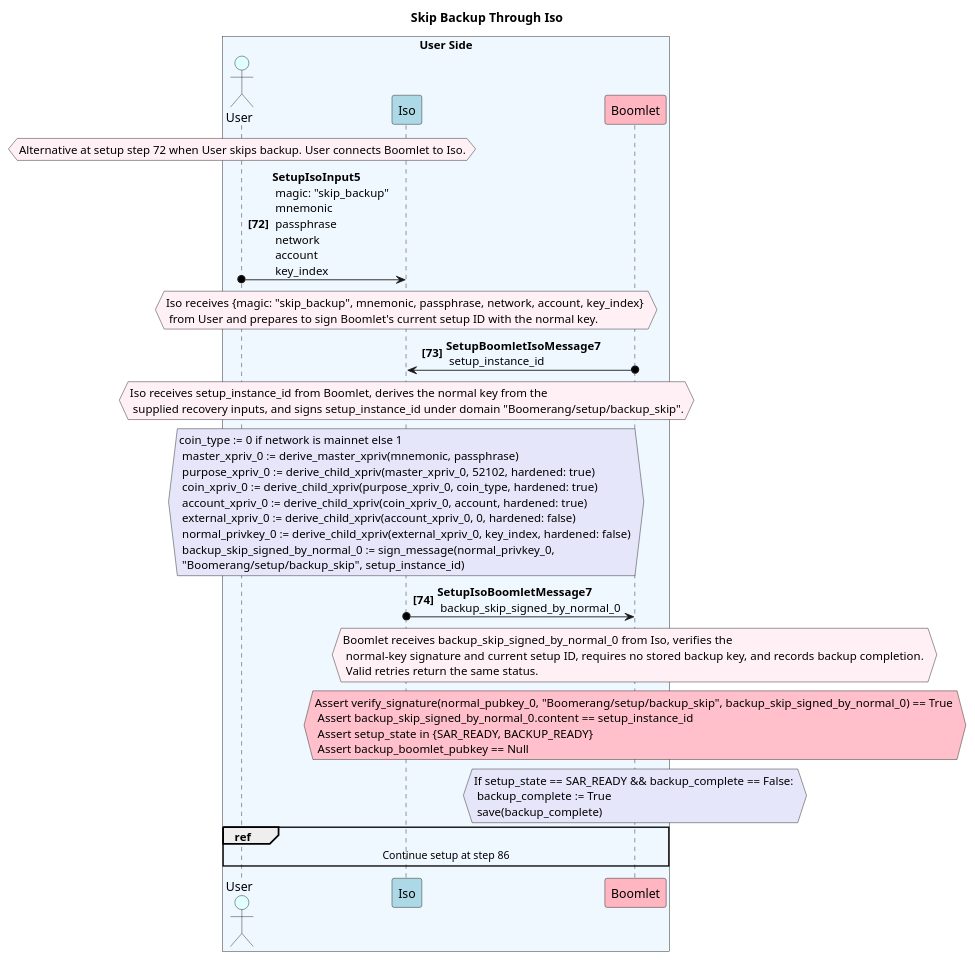
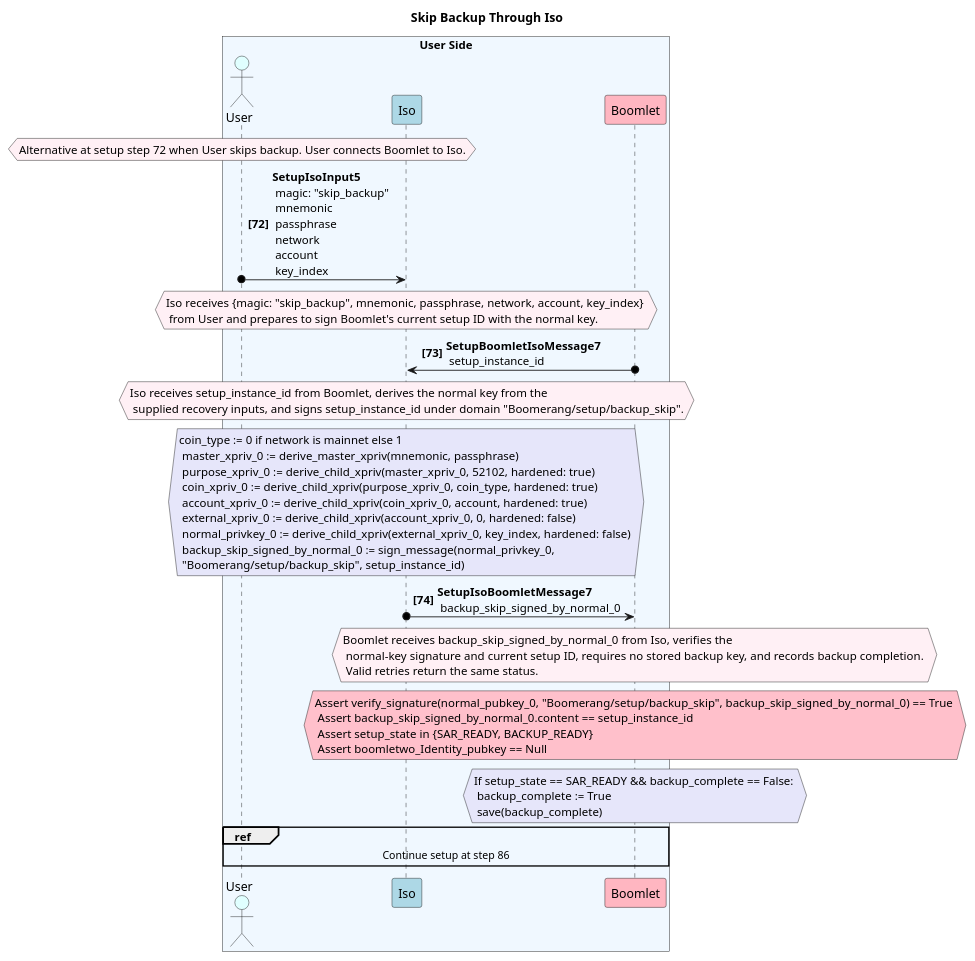
Before and after one commit to cogwheel26/boomerang_design: the diagram in diagrams/ancillary/skip_backup_diagram.puml, drawn with PlantUML. The commit also changed 21 other files, not shown here.

```diff
--- a/diagrams/ancillary/skip_backup_diagram.puml
+++ b/diagrams/ancillary/skip_backup_diagram.puml
@@ -1,32 +1,32 @@
 @startuml skip_backup_diagram
 skinparam sequenceMessageAlign left
 title Skip Backup Through Iso
 
 box "User Side" #AliceBlue
 actor User order 1 #LightCyan
 participant Iso order 2 #LightBlue
 participant Boomlet order 3 #LightPink
 end box
 
 hnote over User #LavenderBlush: Alternative at setup step 72 when User skips backup. User connects Boomlet to Iso.
 
 autonumber 72 "<b>[00]"
 
 ' Step 72
 User o-> Iso:  <b>SetupIsoInput5 \n magic: "skip_backup" \n mnemonic \n passphrase \n network \n account \n key_index
 hnote over Iso #LavenderBlush:  Iso receives {magic: "skip_backup", mnemonic, passphrase, network, account, key_index} \n from User and prepares to sign Boomlet's current setup ID with the normal key.
 
 ' Step 73
 Boomlet o-> Iso:  <b>SetupBoomletIsoMessage7 \n setup_instance_id
 hnote over Iso #LavenderBlush:  Iso receives setup_instance_id from Boomlet, derives the normal key from the \n supplied recovery inputs, and signs setup_instance_id under domain "Boomerang/setup/backup_skip".
 hnote over Iso #Lavender:  coin_type := 0 if network is mainnet else 1 \n master_xpriv_0 := derive_master_xpriv(mnemonic, passphrase) \n purpose_xpriv_0 := derive_child_xpriv(master_xpriv_0, 52102, hardened: true) \n coin_xpriv_0 := derive_child_xpriv(purpose_xpriv_0, coin_type, hardened: true) \n account_xpriv_0 := derive_child_xpriv(coin_xpriv_0, account, hardened: true) \n external_xpriv_0 := derive_child_xpriv(account_xpriv_0, 0, hardened: false) \n normal_privkey_0 := derive_child_xpriv(external_xpriv_0, key_index, hardened: false) \n backup_skip_signed_by_normal_0 := sign_message(normal_privkey_0, \n "Boomerang/setup/backup_skip", setup_instance_id)
 
 ' Step 74
 Iso o-> Boomlet:  <b>SetupIsoBoomletMessage7 \n backup_skip_signed_by_normal_0
 hnote over Boomlet #LavenderBlush:  Boomlet receives backup_skip_signed_by_normal_0 from Iso, verifies the \n normal-key signature and current setup ID, requires no stored backup key, and records backup completion. \n Valid retries return the same status.
-hnote over Boomlet #Pink:  Assert verify_signature(normal_pubkey_0, "Boomerang/setup/backup_skip", backup_skip_signed_by_normal_0) == True \n Assert backup_skip_signed_by_normal_0.content == setup_instance_id \n Assert setup_state in {SAR_READY, BACKUP_READY} \n Assert backup_boomlet_pubkey == Null
+hnote over Boomlet #Pink:  Assert verify_signature(normal_pubkey_0, "Boomerang/setup/backup_skip", backup_skip_signed_by_normal_0) == True \n Assert backup_skip_signed_by_normal_0.content == setup_instance_id \n Assert setup_state in {SAR_READY, BACKUP_READY} \n Assert boomletwo_Identity_pubkey == Null
 hnote over Boomlet #Lavender:  If setup_state == SAR_READY && backup_complete == False: \n backup_complete := True \n save(backup_complete)
 
 ref over User, Iso, Boomlet: Continue setup at step 86
 
 @enduml
```
